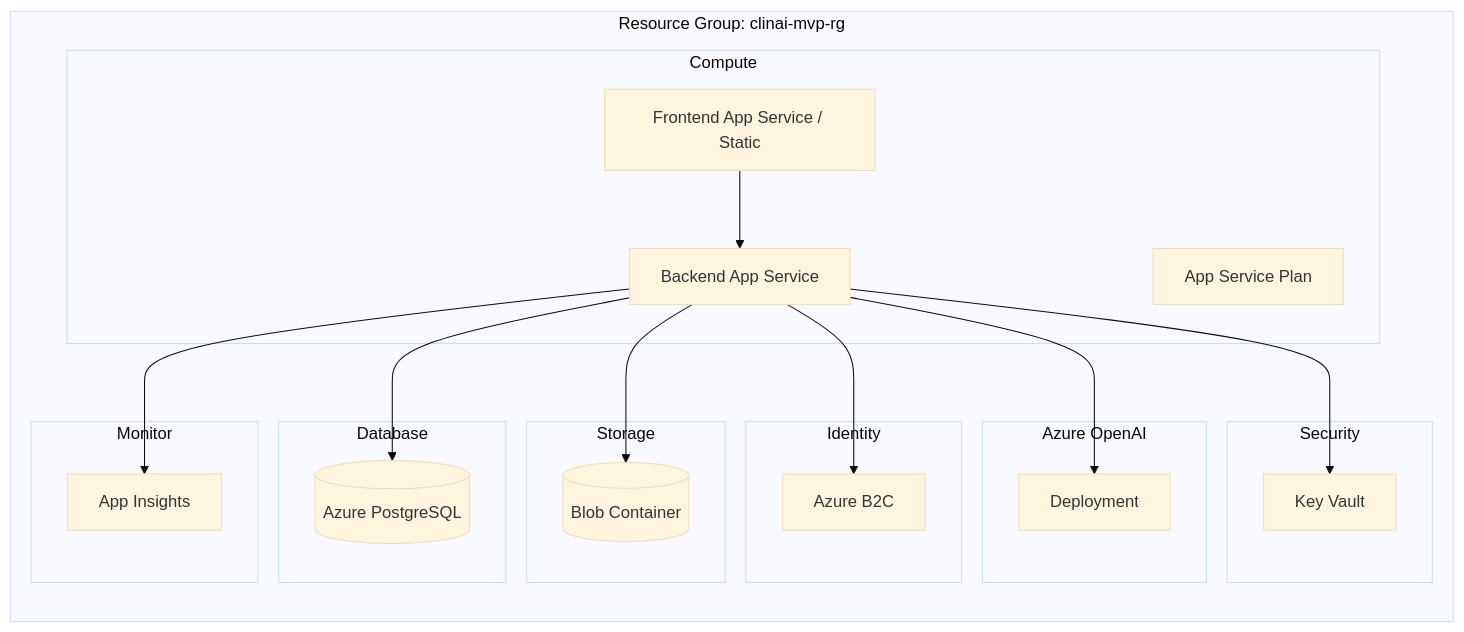
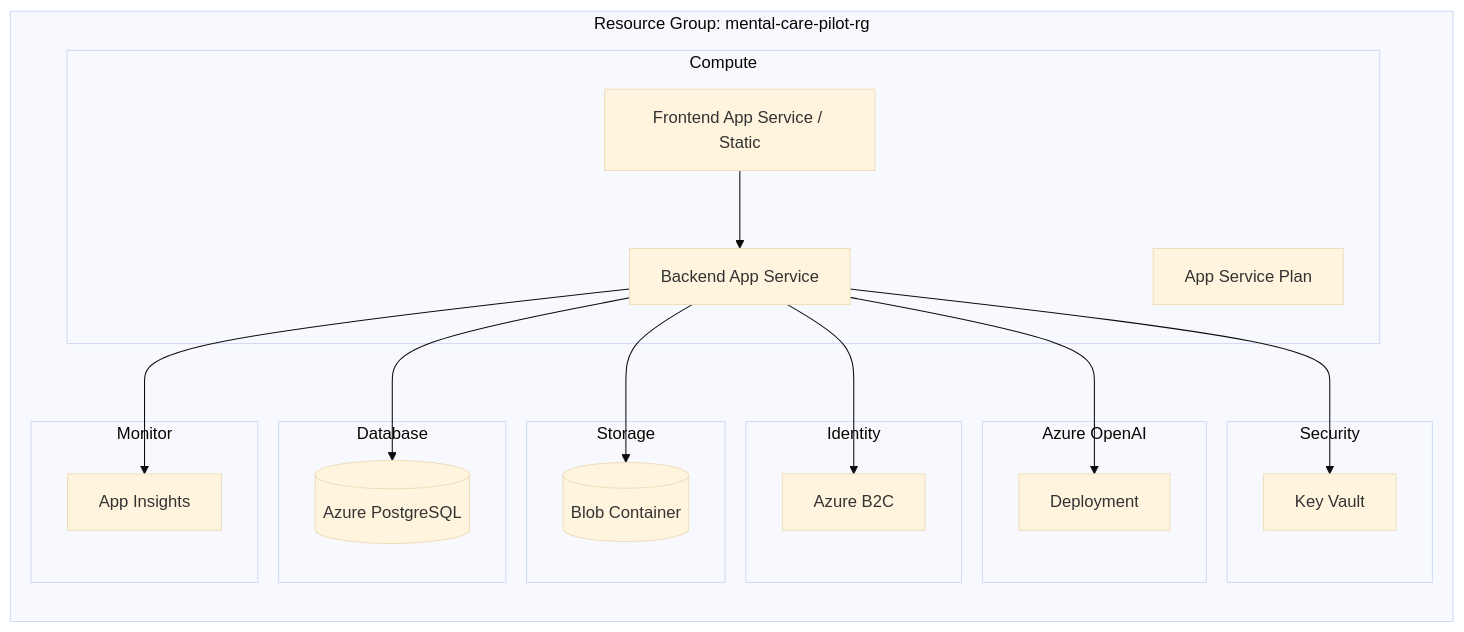
The diagram in docs/diagrams/deployment-topology.mmd (DanielDeckertConsulting/MediCertAI), drawn with Mermaid (base theme) before and after one commit. The commit also changed 123 other files, not shown here.

```diff
--- a/docs/diagrams/deployment-topology.mmd
+++ b/docs/diagrams/deployment-topology.mmd
@@ -1,40 +1,40 @@
 flowchart LR
-    subgraph RG["Resource Group: clinai-mvp-rg"]
+    subgraph RG["Resource Group: mental-care-pilot-rg"]
         subgraph App["Compute"]
             ASE[App Service Plan]
             BE[Backend App Service]
             FE[Frontend App Service / Static]
         end
 
         subgraph DB["Database"]
             PG[(Azure PostgreSQL)]
         end
 
         subgraph Storage["Storage"]
             Blob[(Blob Container)]
         end
 
         subgraph Identity["Identity"]
             B2C[Azure B2C]
         end
 
         subgraph AI["Azure OpenAI"]
             AO[Deployment]
         end
 
         subgraph Sec["Security"]
             KV[Key Vault]
         end
 
         subgraph Monitor["Monitor"]
             AI_insights[App Insights]
         end
     end
 
     FE --> BE
     BE --> PG
     BE --> Blob
     BE --> B2C
     BE --> AO
     BE --> KV
     BE --> AI_insights
```
